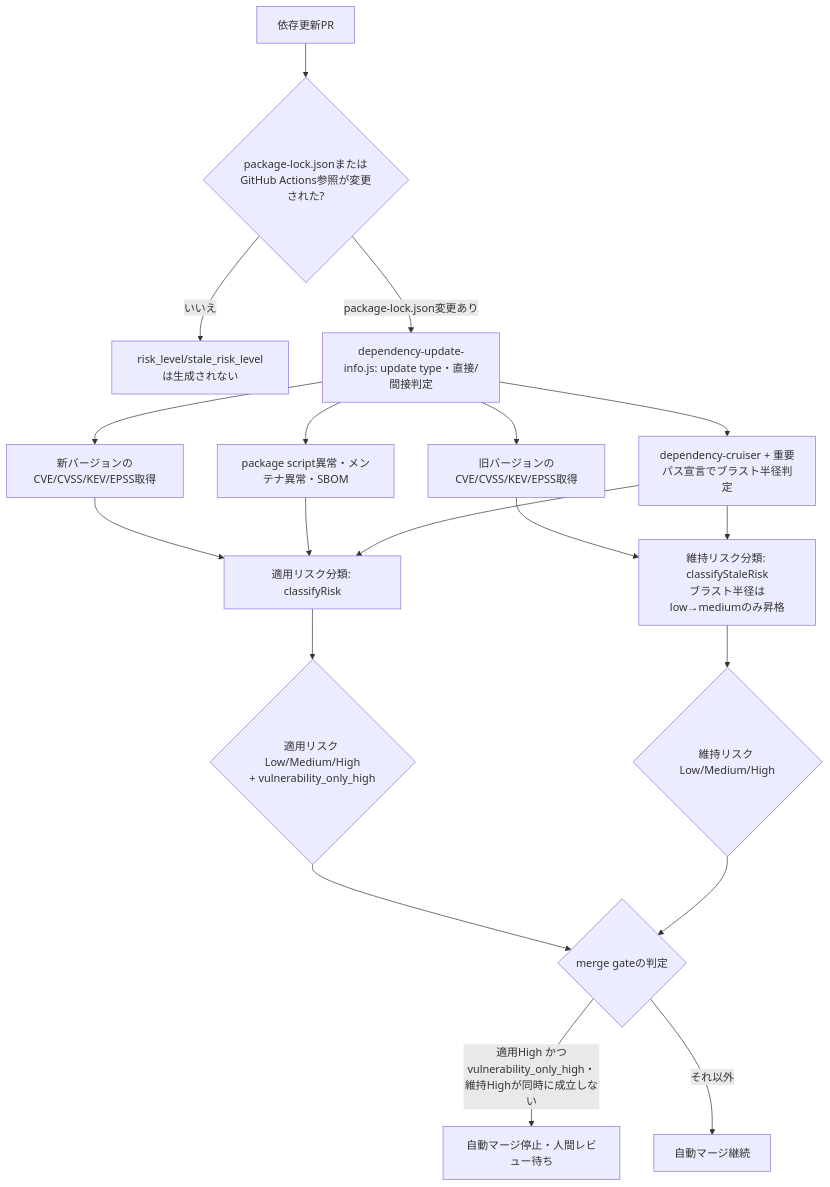
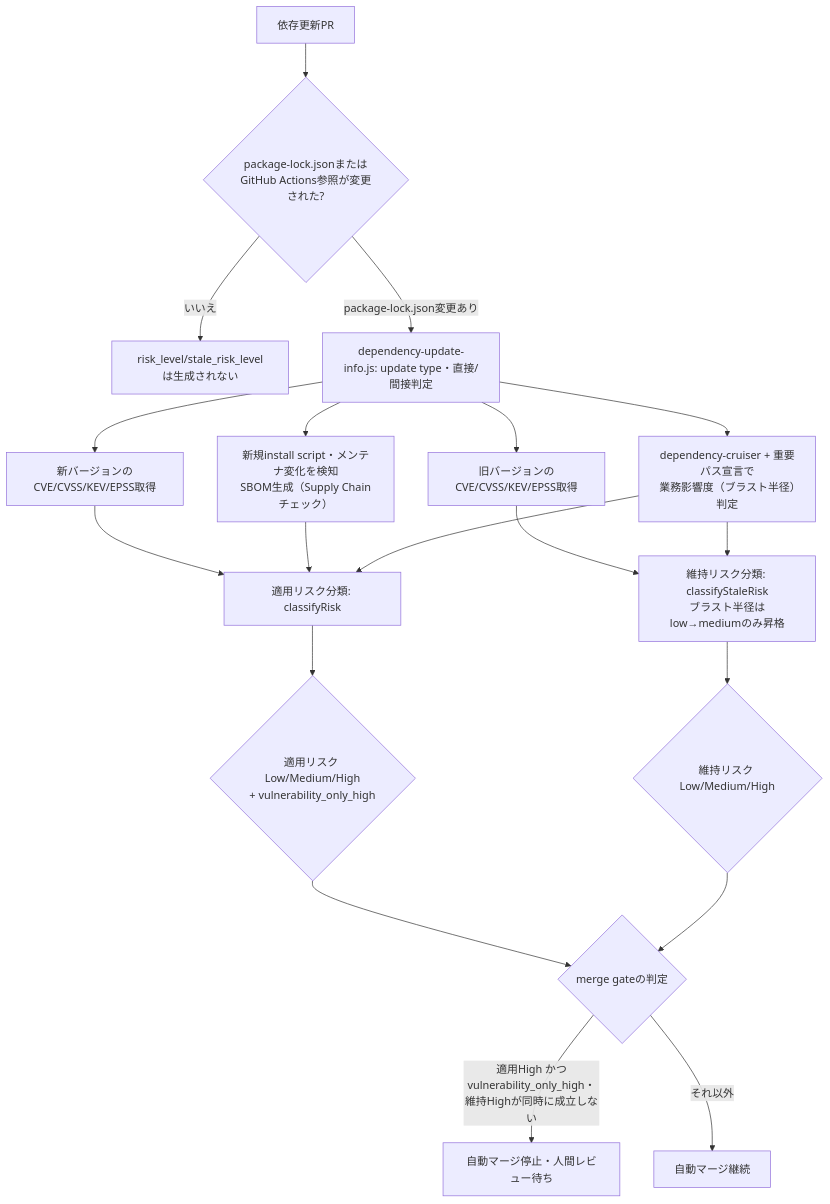
Before and after one commit to bamiyanapp/dev-standards: the diagram in docs/reusable-workflows-reference.md, drawn with Mermaid. The commit also changed other lines of this file, not shown here.

````diff
--- a/docs/reusable-workflows-reference.md
+++ b/docs/reusable-workflows-reference.md
@@ -69,21 +140,21 @@
 ```mermaid
 flowchart TD
     A[依存更新PR] --> B{package-lock.jsonまたは<br/>GitHub Actions参照が変更された?}
     B -->|いいえ| C[risk_level/stale_risk_levelは生成されない]
     B -->|package-lock.json変更あり| D[dependency-update-info.js: update type・直接/間接判定]
     D --> E[新バージョンのCVE/CVSS/KEV/EPSS取得]
     D --> F[旧バージョンのCVE/CVSS/KEV/EPSS取得]
-    D --> G[package script異常・メンテナ異常・SBOM]
-    D --> H[dependency-cruiser + 重要パス宣言でブラスト半径判定]
+    D --> G[新規install script・メンテナ変化を検知<br/>SBOM生成（Supply Chainチェック）]
+    D --> H[dependency-cruiser + 重要パス宣言で<br/>業務影響度（ブラスト半径）判定]
     E --> I[適用リスク分類: classifyRisk]
     G --> I
     H --> I
     F --> J[維持リスク分類: classifyStaleRisk<br/>ブラスト半径はlow→mediumのみ昇格]
     H --> J
     I --> K{適用リスク Low/Medium/High<br/>+ vulnerability_only_high}
     J --> L{維持リスク Low/Medium/High}
     K --> M{merge gateの判定}
     L --> M
     M -->|適用High かつ<br/>vulnerability_only_high・維持Highが同時に成立しない| N[自動マージ停止・人間レビュー待ち]
     M -->|それ以外| O[自動マージ継続]
 ```
````
